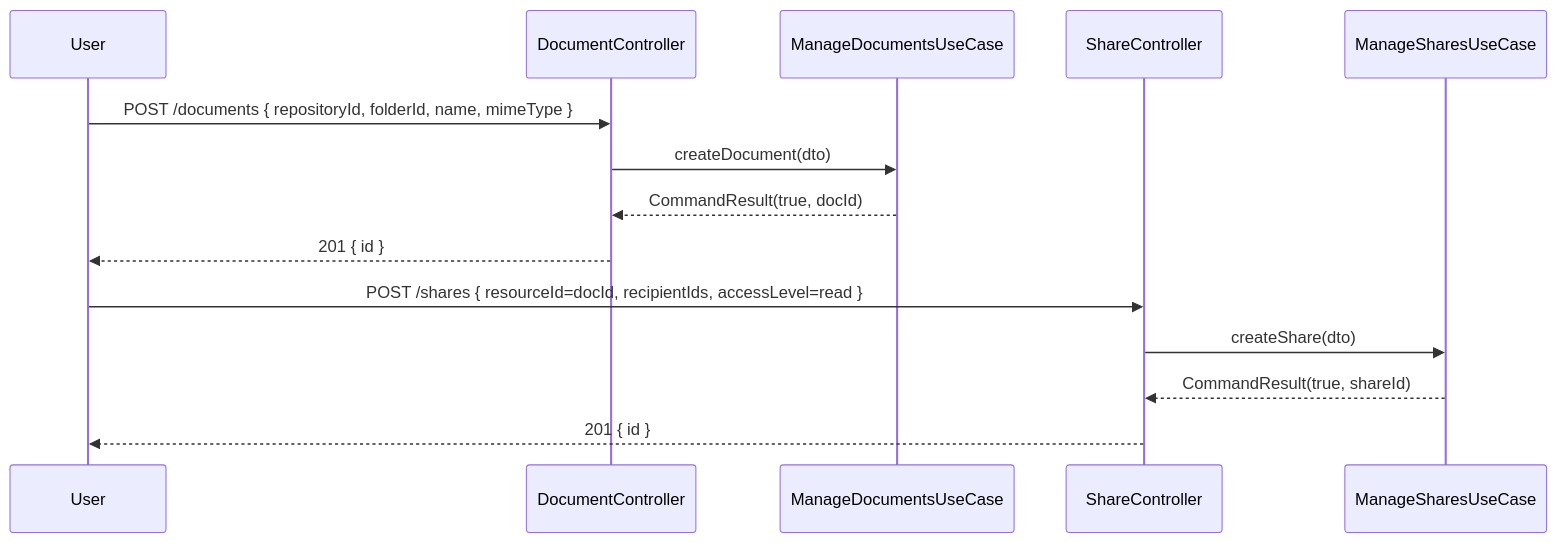
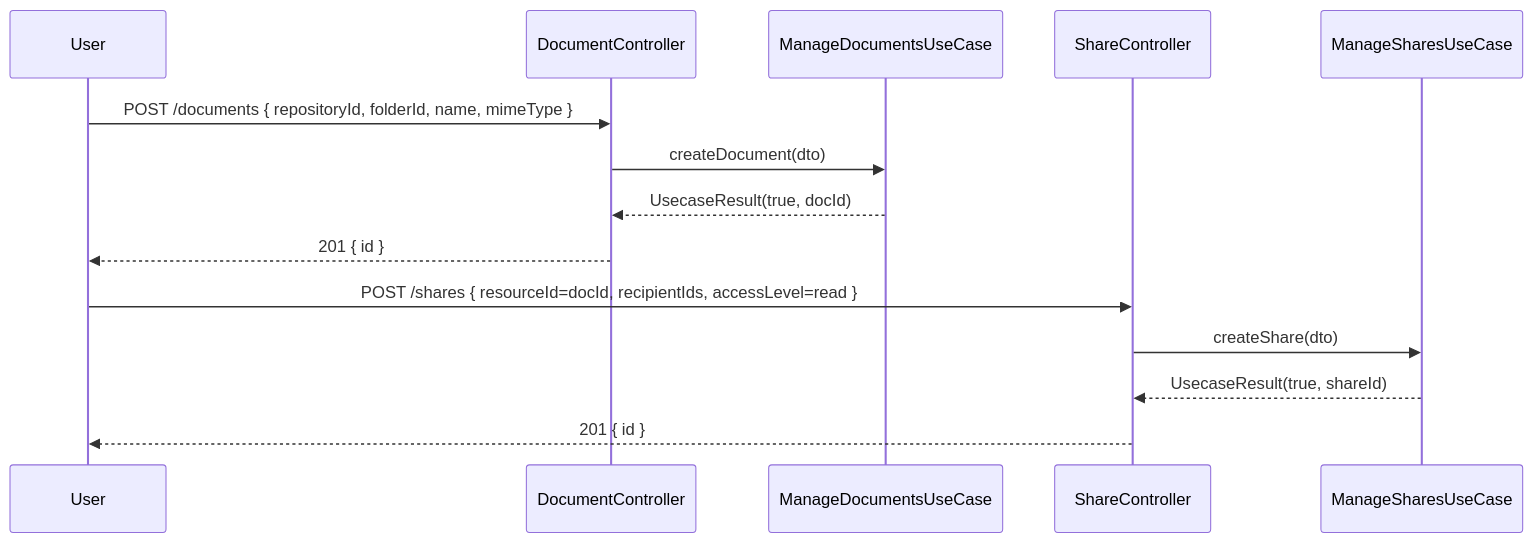
The third of 3 diagrams in dms-application/UML.md (UIMSolutions/uim-platform), drawn with Mermaid before and after one commit. The commit also changed 907 other files, not shown here.

Commit message:
Rename CommandResult

````diff
--- a/dms-application/UML.md
+++ b/dms-application/UML.md
@@ -132,18 +132,18 @@
 ```mermaid
 sequenceDiagram
     participant User
     participant DC as DocumentController
     participant DUC as ManageDocumentsUseCase
     participant SC as ShareController
     participant SUC as ManageSharesUseCase
 
     User->>DC: POST /documents { repositoryId, folderId, name, mimeType }
     DC->>DUC: createDocument(dto)
-    DUC-->>DC: CommandResult(true, docId)
+    DUC-->>DC: UsecaseResult(true, docId)
     DC-->>User: 201 { id }
 
     User->>SC: POST /shares { resourceId=docId, recipientIds, accessLevel=read }
     SC->>SUC: createShare(dto)
-    SUC-->>SC: CommandResult(true, shareId)
+    SUC-->>SC: UsecaseResult(true, shareId)
     SC-->>User: 201 { id }
 ```
````
